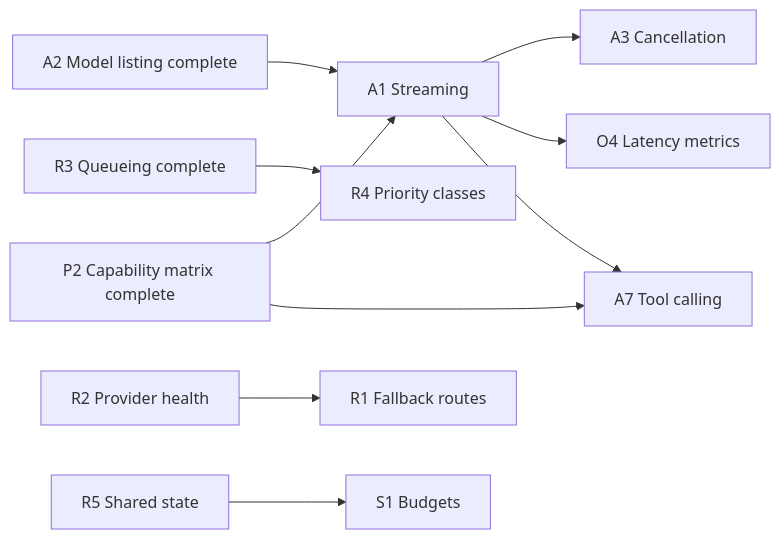
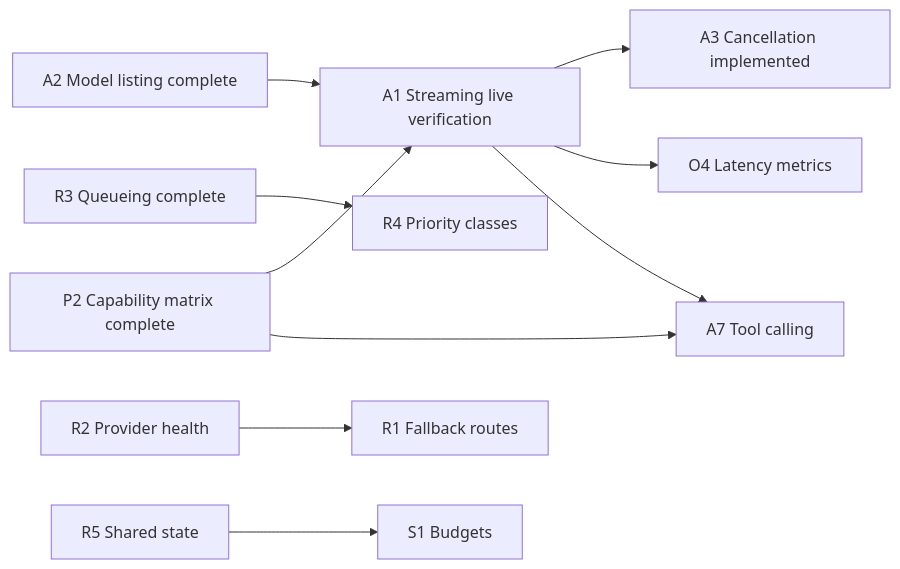
Before and after one commit to m87techlabs/m87-ai-gateway: the diagram in docs/backlog.md, drawn with Mermaid. The commit also changed other lines of this file and 47 other files, not shown here.

Commit message:
feat: add text streaming and client disconnect cancellation

````diff
--- a/docs/backlog.md
+++ b/docs/backlog.md
@@ -40,12 +40,12 @@
 ```mermaid
 flowchart LR
-    A2[A2 Model listing complete] --> A1[A1 Streaming]
-    A1 --> A3[A3 Cancellation]
+    A2[A2 Model listing complete] --> A1[A1 Streaming live verification]
+    A1 --> A3[A3 Cancellation implemented]
     A1 --> O4[O4 Latency metrics]
     A1 --> A7[A7 Tool calling]
     P2[P2 Capability matrix complete] --> A1
     P2 --> A7
     R3[R3 Queueing complete] --> R4[R4 Priority classes]
     R2[R2 Provider health] --> R1[R1 Fallback routes]
     R5[R5 Shared state] --> S1[S1 Budgets]
 ```
````
